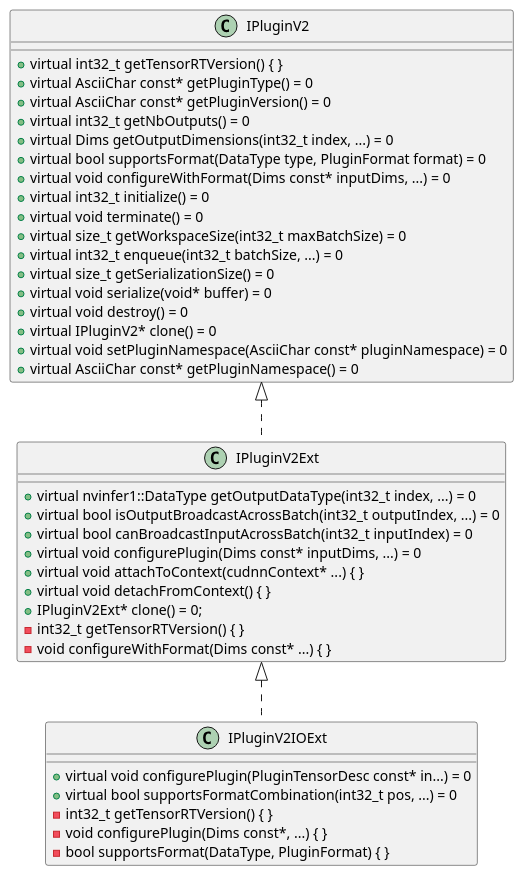
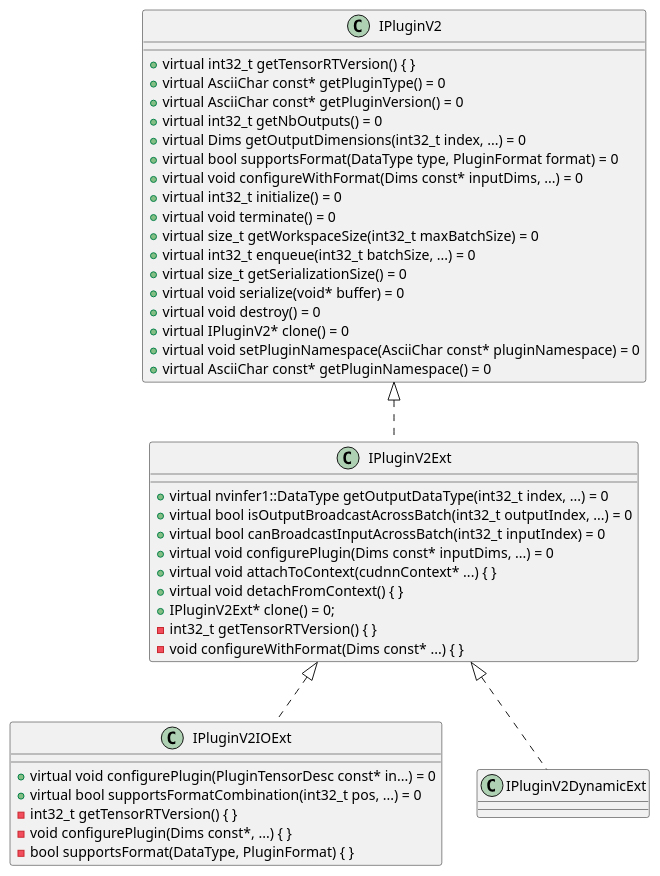
One commit to weishengying/learning-notes changed the diagram in tensorRT/uml.plantuml. Above: the diagram before and after it, drawn with PlantUML. The commit also changed 29 other files, not shown here.

```diff
--- a/tensorRT/uml.plantuml
+++ b/tensorRT/uml.plantuml
@@ -1,46 +1,50 @@
 @startuml
 
 IPluginV2 <|.. IPluginV2Ext
 IPluginV2Ext <|.. IPluginV2IOExt
+IPluginV2Ext <|.. IPluginV2DynamicExt
 
 class IPluginV2{
   + virtual int32_t getTensorRTVersion() { }
   + virtual AsciiChar const* getPluginType() = 0
   + virtual AsciiChar const* getPluginVersion() = 0
   + virtual int32_t getNbOutputs() = 0
   + virtual Dims getOutputDimensions(int32_t index, ...) = 0
   + virtual bool supportsFormat(DataType type, PluginFormat format) = 0
   + virtual void configureWithFormat(Dims const* inputDims, ...) = 0
   + virtual int32_t initialize() = 0
   + virtual void terminate() = 0
   + virtual size_t getWorkspaceSize(int32_t maxBatchSize) = 0
   + virtual int32_t enqueue(int32_t batchSize, ...) = 0 
   + virtual size_t getSerializationSize() = 0
   + virtual void serialize(void* buffer) = 0
   + virtual void destroy() = 0
   + virtual IPluginV2* clone() = 0
   + virtual void setPluginNamespace(AsciiChar const* pluginNamespace) = 0
   + virtual AsciiChar const* getPluginNamespace() = 0
 }
 
 class IPluginV2Ext{
   + virtual nvinfer1::DataType getOutputDataType(int32_t index, ...) = 0
   + virtual bool isOutputBroadcastAcrossBatch(int32_t outputIndex, ...) = 0
   + virtual bool canBroadcastInputAcrossBatch(int32_t inputIndex) = 0
   + virtual void configurePlugin(Dims const* inputDims, ...) = 0
   + virtual void attachToContext(cudnnContext* ...) { }
   + virtual void detachFromContext() { }
   + IPluginV2Ext* clone() = 0;
   - int32_t getTensorRTVersion() { }
   - void configureWithFormat(Dims const* ...) { }
 }
 
 class IPluginV2IOExt{
   + virtual void configurePlugin(PluginTensorDesc const* in...) = 0
   + virtual bool supportsFormatCombination(int32_t pos, ...) = 0
   - int32_t getTensorRTVersion() { }
   - void configurePlugin(Dims const*, ...) { }
   - bool supportsFormat(DataType, PluginFormat) { }
 }
 
+class IPluginV2DynamicExt{
+
+}
 @enduml
```
